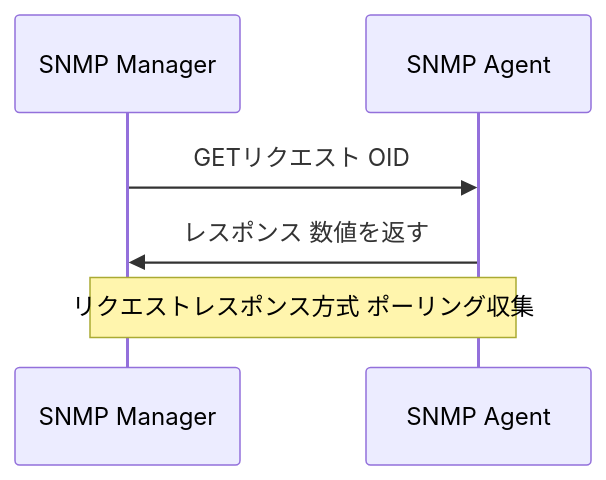
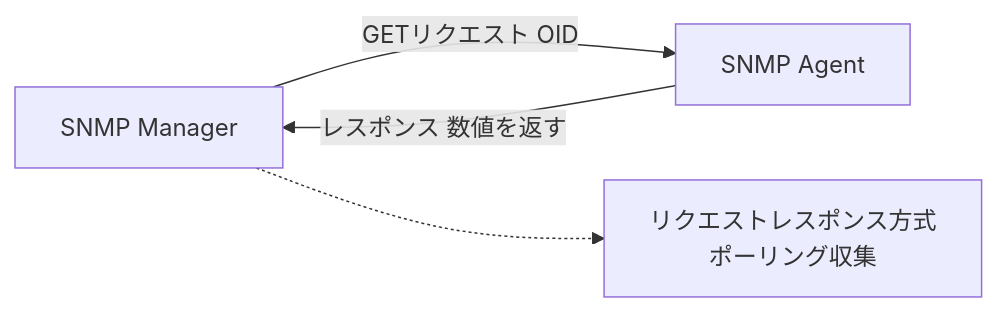
One commit to seki999/DialogueFlow_GitHub_OnLine changed the diagram in slides/网络监控四层通信方式解析/日语版/03.md. Above: the diagram before and after it, drawn with Mermaid.

Commit message:
Fix SNMP GET Mermaid diagram

````diff
--- a/slides/网络监控四层通信方式解析/日语版/03.md
+++ b/slides/网络监控四层通信方式解析/日语版/03.md
@@ -5,8 +5,6 @@
 ```mermaid
-sequenceDiagram
-    participant Mg as SNMP Manager
-    participant Ag as SNMP Agent
-    Mg->>Ag: GETリクエスト OID
-    Ag->>Mg: レスポンス 数値を返す
-    Note over Mg,Ag: リクエストレスポンス方式 ポーリング収集
+flowchart LR
+    Mg["SNMP Manager"] -->|"GETリクエスト OID"| Ag["SNMP Agent"]
+    Ag -->|"レスポンス 数値を返す"| Mg
+    Mg -.-> Note["リクエストレスポンス方式<br/>ポーリング収集"]
 ```
````
